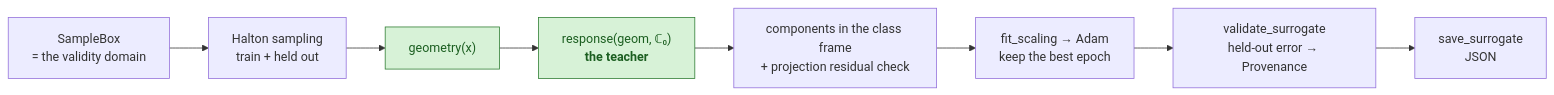
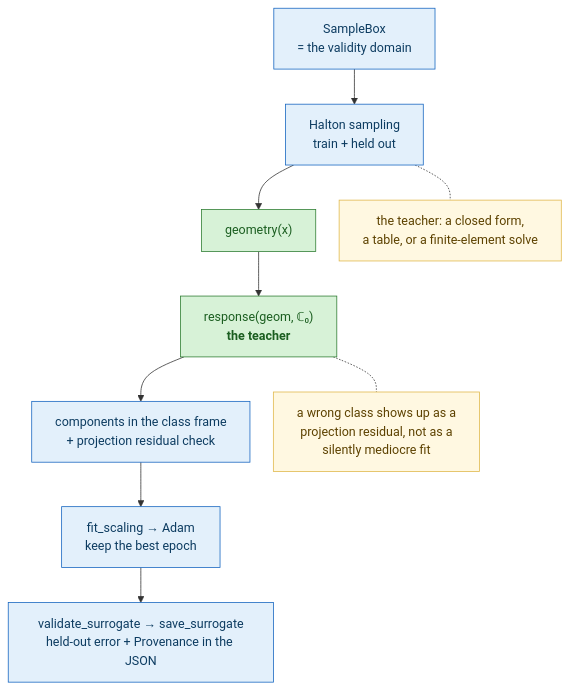
Before and after one commit to MicroPoroChemoMechanics/MeanFieldHom.jl: the second of 2 diagrams in docs/src/tutorials/generated/neural_inclusion.md, drawn with Mermaid. The commit also changed other lines of this file and 5 other files, not shown here.

Commit message:
Refactor Mermaid diagrams for improved readability and layout consistency in documentation

````diff
--- a/docs/src/tutorials/generated/neural_inclusion.md
+++ b/docs/src/tutorials/generated/neural_inclusion.md
@@ -90,13 +98,20 @@
 ```mermaid
-flowchart LR
+%%{init: {"flowchart": {"useMaxWidth": false, "nodeSpacing": 30, "rankSpacing": 45, "wrappingWidth": 280}} }%%
+flowchart TB
     BOX["SampleBox<br/>= the validity domain"] --> HAL["Halton sampling<br/>train + held out"]
     HAL --> GEOM["geometry(x)"]
     GEOM --> RESP["response(geom, ℂ₀)<br/><b>the teacher</b>"]
     RESP --> LAB["components in the class frame<br/>+ projection residual check"]
     LAB --> FIT["fit_scaling → Adam<br/>keep the best epoch"]
-    FIT --> VAL["validate_surrogate<br/>held-out error → Provenance"]
-    VAL --> SAVE["save_surrogate<br/>JSON"]
+    FIT --> SAVE["validate_surrogate → save_surrogate<br/>held-out error + Provenance in the JSON"]
+
+    HAL -.- NT1["the teacher: a closed form,<br/>a table, or a finite-element solve"]
+    RESP -.- NT2["a wrong class shows up as a<br/>projection residual, not as a<br/>silently mediocre fit"]
 
     classDef you fill:#d7f2d7,stroke:#2e7d32,color:#1b5e20
+    classDef st fill:#e3f0fb,stroke:#1565c0,color:#0d3c61
+    classDef note fill:#fff8e1,stroke:#e0b84c,color:#5d4200
     class GEOM,RESP you
+    class BOX,HAL,LAB,FIT,SAVE st
+    class NT1,NT2 note
 ```
````
